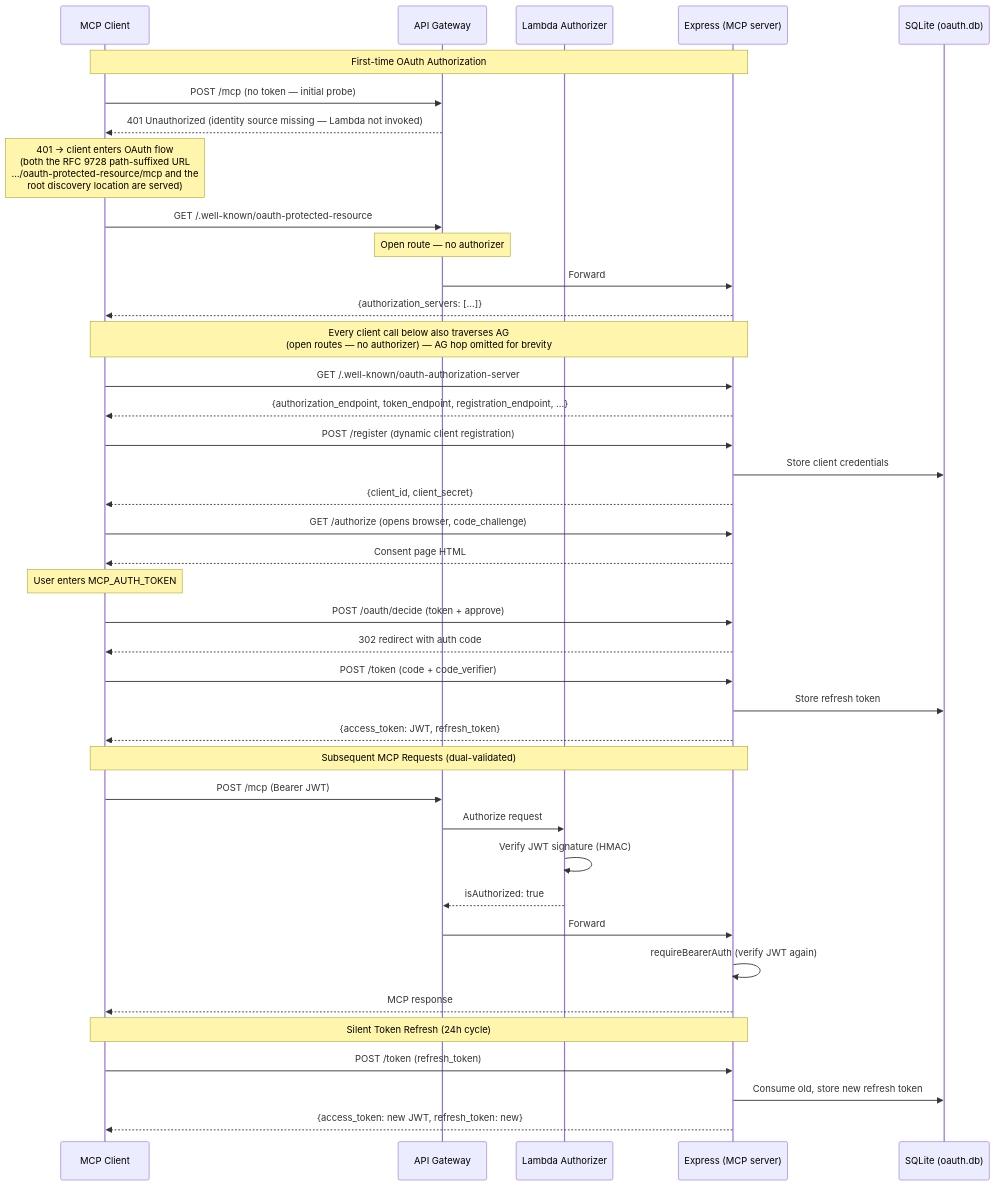
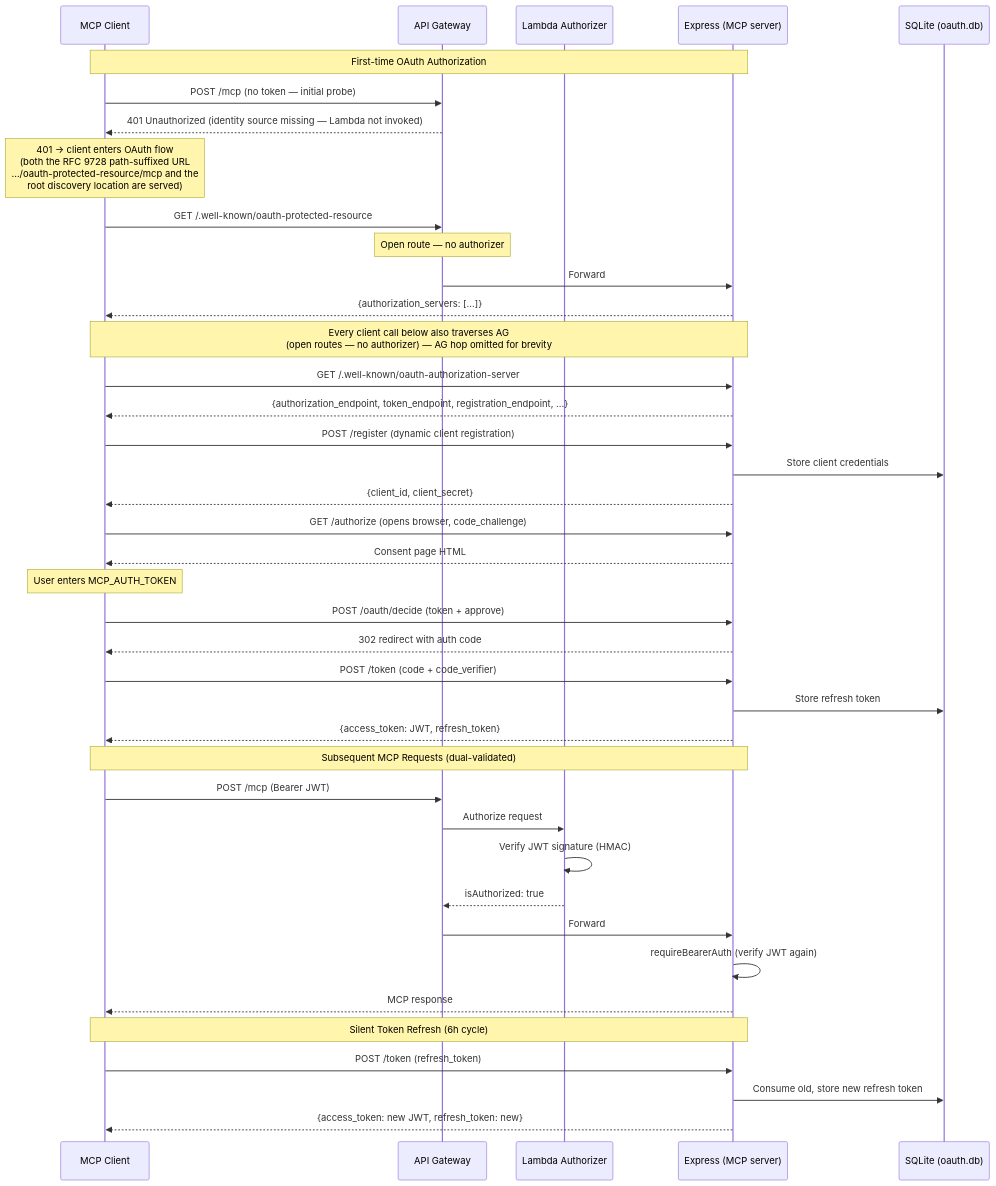
Before and after one commit to aliasunder/vault-cortex: the fourth of 5 diagrams in ARCHITECTURE.md, drawn with Mermaid. The commit also changed other lines of this file and 27 other files, not shown here.

````diff
--- a/ARCHITECTURE.md
+++ b/ARCHITECTURE.md
@@ -585,49 +585,49 @@
 ```mermaid
 sequenceDiagram
     participant C as MCP Client
     participant AG as API Gateway
     participant L as Lambda Authorizer
     participant E as Express (MCP server)
     participant DB as SQLite (oauth.db)
 
     Note over C,E: First-time OAuth Authorization
     C->>AG: POST /mcp (no token — initial probe)
     AG-->>C: 401 Unauthorized (identity source missing — Lambda not invoked)
     Note over C: 401 → client enters OAuth flow<br/>(both the RFC 9728 path-suffixed URL<br/>…/oauth-protected-resource/mcp and the<br/>root discovery location are served)
     C->>AG: GET /.well-known/oauth-protected-resource
     Note over AG: Open route — no authorizer
     AG->>E: Forward
     E-->>C: {authorization_servers: [...]}
 
     Note over C,E: Every client call below also traverses AG<br/>(open routes — no authorizer) — AG hop omitted for brevity
     C->>E: GET /.well-known/oauth-authorization-server
     E-->>C: {authorization_endpoint, token_endpoint, registration_endpoint, ...}
 
     C->>E: POST /register (dynamic client registration)
     E->>DB: Store client credentials
     E-->>C: {client_id, client_secret}
 
     C->>E: GET /authorize (opens browser, code_challenge)
     E-->>C: Consent page HTML
     Note over C: User enters MCP_AUTH_TOKEN
     C->>E: POST /oauth/decide (token + approve)
     E-->>C: 302 redirect with auth code
 
     C->>E: POST /token (code + code_verifier)
     E->>DB: Store refresh token
     E-->>C: {access_token: JWT, refresh_token}
 
     Note over C,E: Subsequent MCP Requests (dual-validated)
     C->>AG: POST /mcp (Bearer JWT)
     AG->>L: Authorize request
     L->>L: Verify JWT signature (HMAC)
     L-->>AG: isAuthorized: true
     AG->>E: Forward
     E->>E: requireBearerAuth (verify JWT again)
     E-->>C: MCP response
 
-    Note over C,E: Silent Token Refresh (24h cycle)
+    Note over C,E: Silent Token Refresh (6h cycle)
     C->>E: POST /token (refresh_token)
     E->>DB: Consume old, store new refresh token
     E-->>C: {access_token: new JWT, refresh_token: new}
 ```
````
